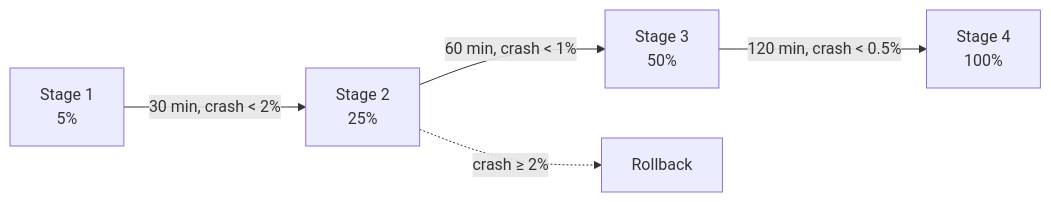
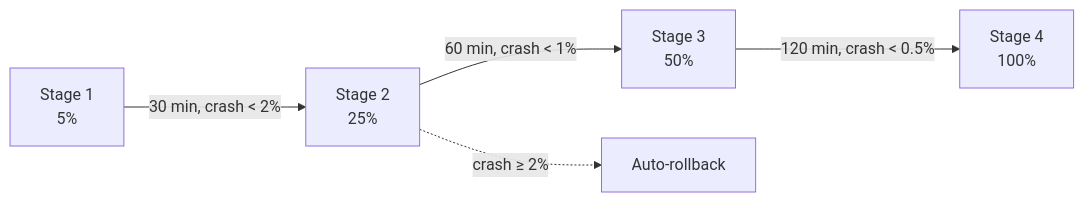
Before and after one commit to AppDispatch/docs: the first of 3 diagrams in app/updates/rollout-policies/page.mdx, drawn with Mermaid. The commit also changed other lines of this file and 26 other files, not shown here.

````diff
--- a/app/updates/rollout-policies/page.mdx
+++ b/app/updates/rollout-policies/page.mdx
@@ -5,7 +5,7 @@
 ```mermaid
 flowchart LR
   S1["Stage 1\n5%"] -->|"30 min, crash < 2%"| S2["Stage 2\n25%"]
   S2 -->|"60 min, crash < 1%"| S3["Stage 3\n50%"]
   S3 -->|"120 min, crash < 0.5%"| S4["Stage 4\n100%"]
-  S2 -.->|"crash ≥ 2%"| RB["Rollback"]
+  S2 -.->|"crash ≥ 2%"| RB["Auto-rollback"]
 ```
````
